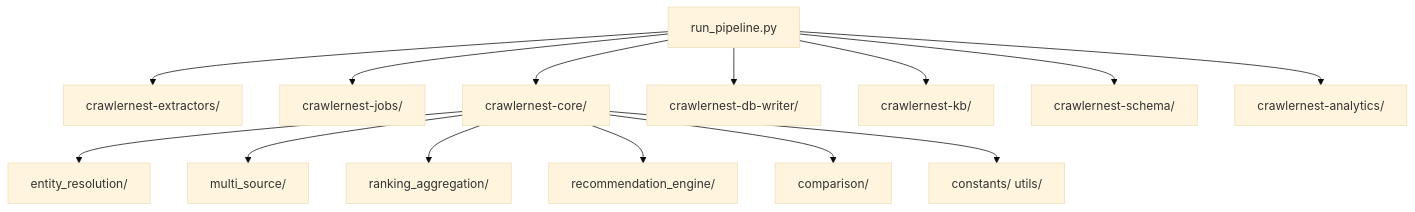
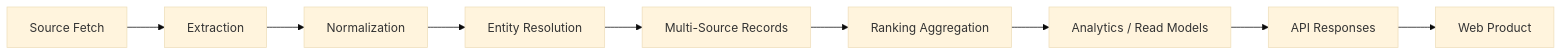
Before and after one commit to heinricitorgau/CrawlerNest: the third of 10 diagrams in docs/REPO_STRUCTURE.md, drawn with Mermaid (base theme). The commit also changed other lines of this file, not shown here.

````diff
--- a/docs/REPO_STRUCTURE.md
+++ b/docs/REPO_STRUCTURE.md
@@ -107,17 +136,11 @@
 ```mermaid
-flowchart TD
-    A["run_pipeline.py"] --> B["crawlernest-extractors/"]
-    A --> C["crawlernest-jobs/"]
-    A --> D["crawlernest-core/"]
-    A --> E["crawlernest-db-writer/"]
-    A --> F["crawlernest-kb/"]
-    A --> G["crawlernest-schema/"]
-    A --> H["crawlernest-analytics/"]
-
-    D --> D1["entity_resolution/"]
-    D --> D2["multi_source/"]
-    D --> D3["ranking_aggregation/"]
-    D --> D4["recommendation_engine/"]
-    D --> D5["comparison/"]
-    D --> D6["constants/ utils/"]
+flowchart LR
+    A["Source Fetch"] --> B["Extraction"]
+    B --> C["Normalization"]
+    C --> D["Entity Resolution"]
+    D --> E["Multi-Source Records"]
+    E --> F["Ranking Aggregation"]
+    F --> G["Analytics / Read Models"]
+    G --> H["API Responses"]
+    H --> I["Web Product"]
 ```
````
